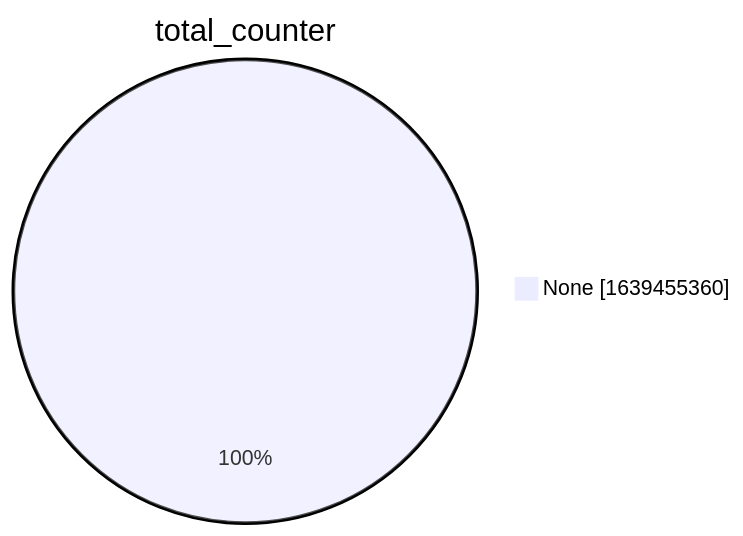
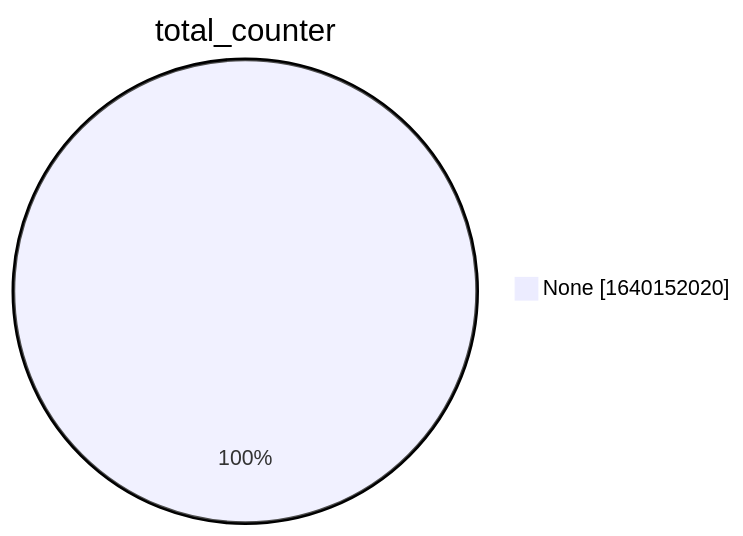
One commit to christiankrug/ctmonitor_visualization changed the second of 15 diagrams in xenon2022/README.md. Above: the diagram before and after it, drawn with Mermaid. The commit also changed other lines of this file, not shown here.

````diff
--- a/xenon2022/README.md
+++ b/xenon2022/README.md
@@ -9,5 +9,5 @@
 ```mermaid
 pie showData
 title total_counter
-"None" :1639455360
+"None" :1640152020
 ```
````
